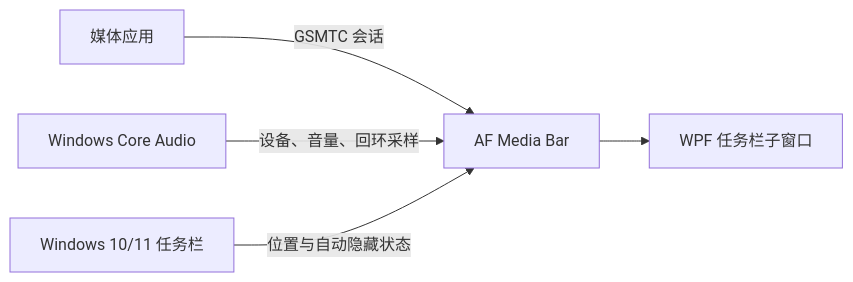
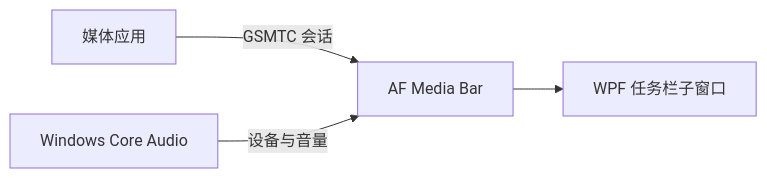
The diagram in README.md (Fervent-Tempo/AF-Media-Bar), drawn with Mermaid before and after one commit. The commit also changed other lines of this file and 5 other files, not shown here.

````diff
--- a/README.md
+++ b/README.md
@@ -64,7 +55,6 @@
 ```mermaid
 flowchart LR
     A[媒体应用] -->|GSMTC 会话| B[AF Media Bar]
-    C[Windows Core Audio] -->|设备、音量、回环采样| B
-    D[Windows 10/11 任务栏] -->|位置与自动隐藏状态| B
-    B --> E[WPF 任务栏子窗口]
+    C[Windows Core Audio] -->|设备与音量| B
+    B --> D[WPF 任务栏子窗口]
 ```
````
